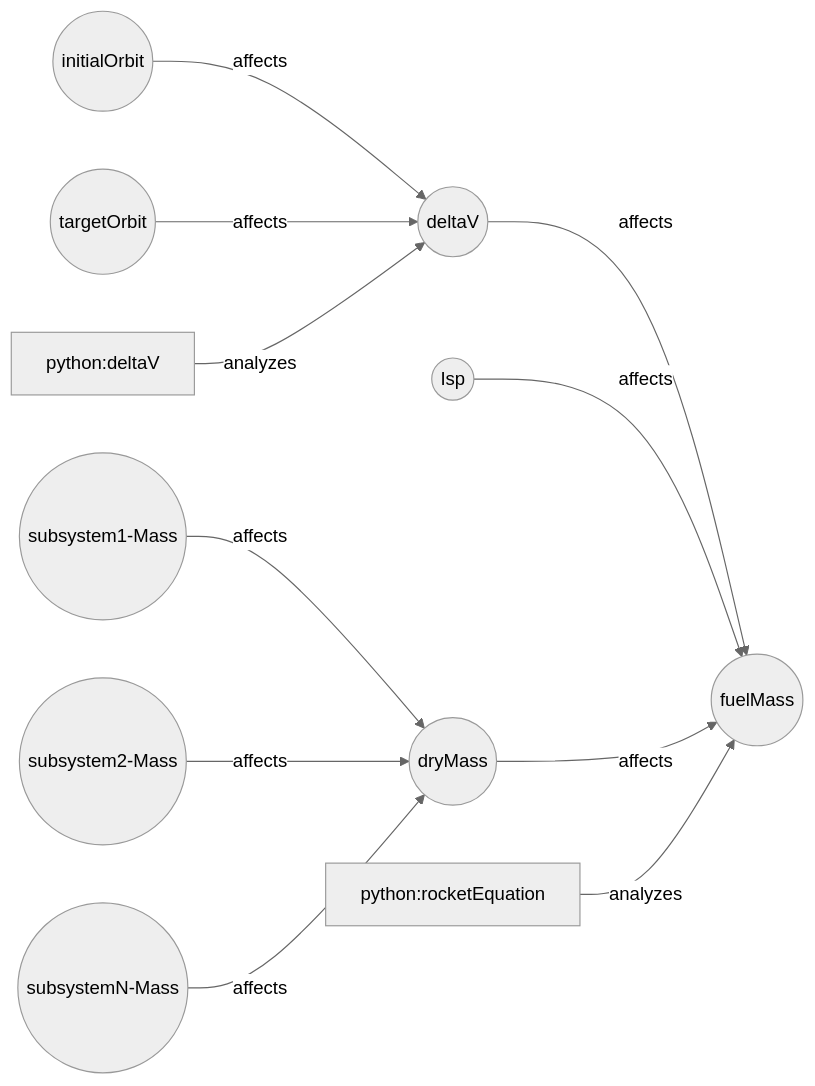
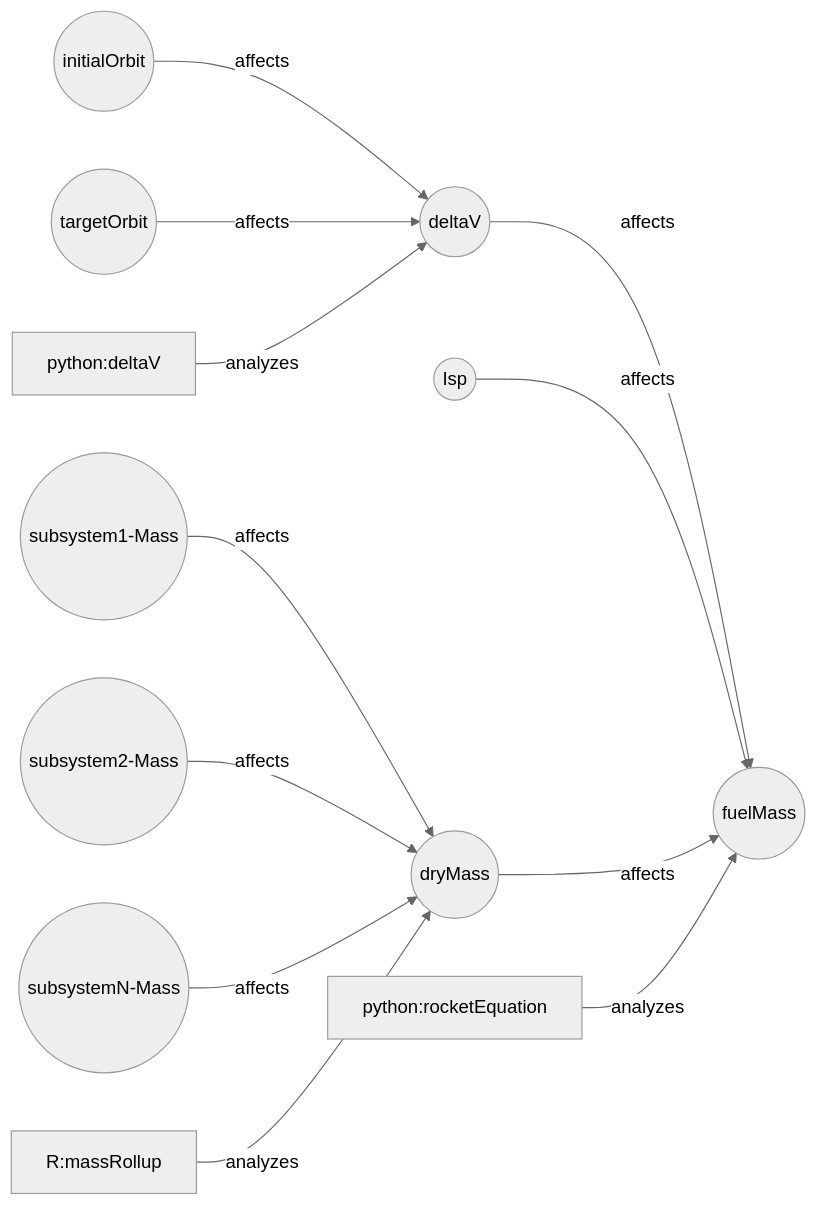
One commit to opencaesar/kepler16b-example changed the diagram in feat_analysis.md. Above: the diagram before and after it, drawn with Mermaid (neutral theme). The commit also changed other lines of this file and 12 other files, not shown here.

````diff
--- a/feat_analysis.md
+++ b/feat_analysis.md
@@ -8,15 +8,16 @@
 ```mermaid
 flowchart LR
     id1((deltaV)) -- affects --> id2((fuelMass))
     id3((initialOrbit)) -- affects --> id1
     id4((targetOrbit)) -- affects --> id1
     id5((Isp)) -- affects --> id2
     id6((dryMass)) -- affects--> id2
     id7((subsystem1-Mass)) -- affects--> id6
     id8((subsystem2-Mass)) -- affects--> id6
     id9((subsystemN-Mass)) -- affects--> id6
     id10[python:deltaV] -- analyzes --> id1
     id11[python:rocketEquation] -- analyzes --> id2
+    id12[R:massRollup] -- analyzes --> id6
 
 
 ```
````
